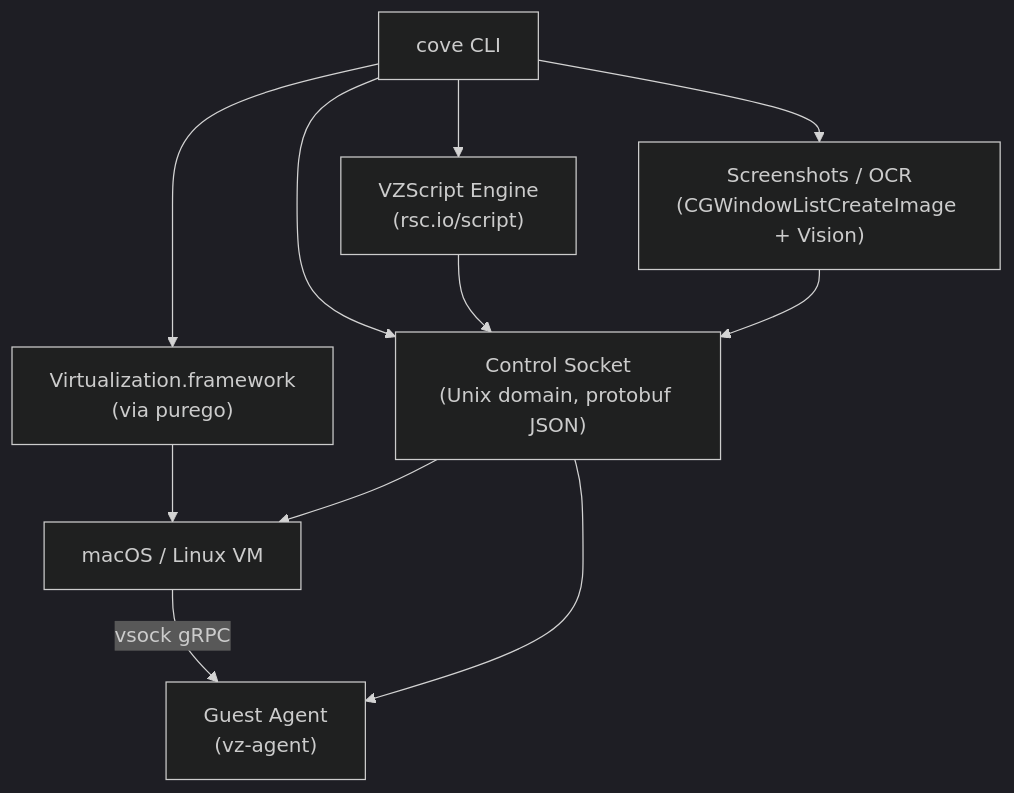
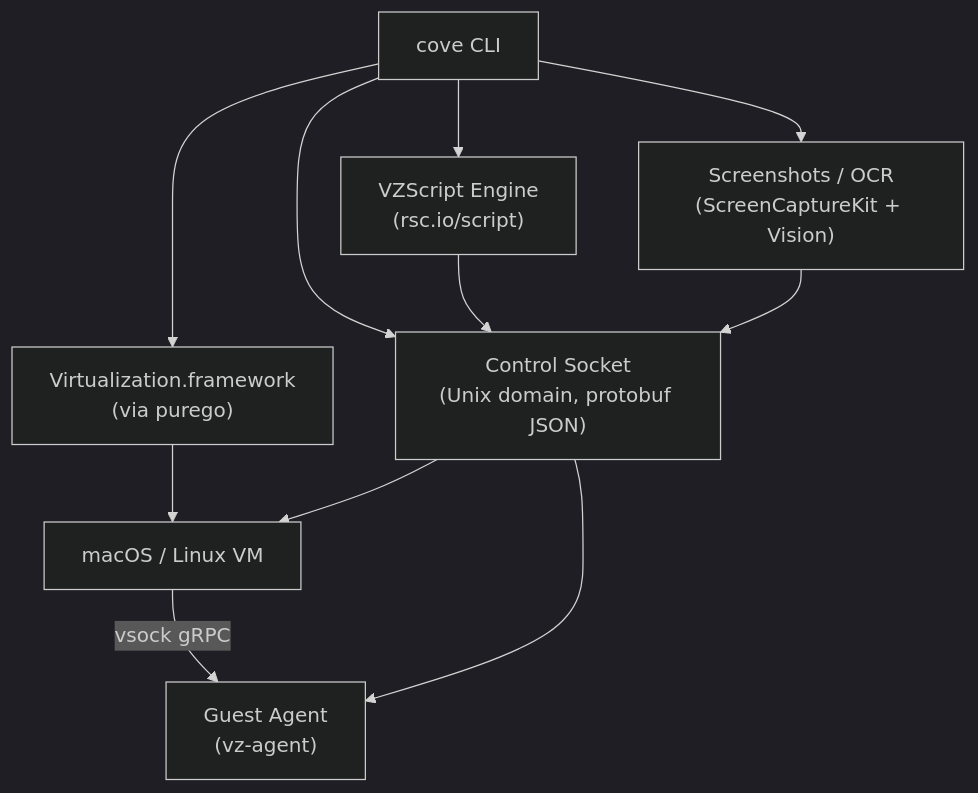
The diagram in docs/README.md (tmc/cove), drawn with Mermaid (dark theme) before and after one commit. The commit also changed 10 other files, not shown here.

Commit message:
screenshots: retire CGWindowList

````diff
--- a/docs/README.md
+++ b/docs/README.md
@@ -51,17 +51,17 @@
 ```mermaid
 graph TD
     CLI["cove CLI"] --> VF["Virtualization.framework<br/>(via purego)"]
     VF --> VM["macOS / Linux VM"]
 
     CLI --> CS["Control Socket<br/>(Unix domain, protobuf JSON)"]
     CS --> VM
 
     CLI --> VS["VZScript Engine<br/>(rsc.io/script)"]
     VS --> CS
 
     VM -->|vsock gRPC| GA["Guest Agent<br/>(vz-agent)"]
     CS --> GA
 
-    CLI --> SS["Screenshots / OCR<br/>(CGWindowListCreateImage + Vision)"]
+    CLI --> SS["Screenshots / OCR<br/>(ScreenCaptureKit + Vision)"]
     SS --> CS
 ```
````
